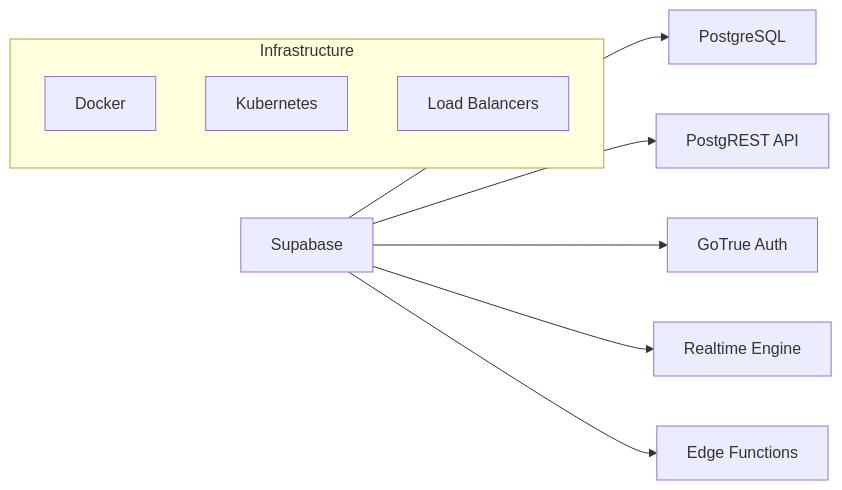
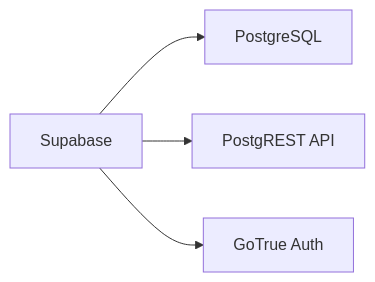
One commit to mongeon/RecettesIndex changed the sixth of 12 diagrams in docs/ARCHITECTURE.md. Above: the diagram before and after it, drawn with Mermaid. The commit also changed other lines of this file, not shown here.

First line of the commit message:
docs: drop real-time and other unused technologies from the architecture

````diff
--- a/docs/ARCHITECTURE.md
+++ b/docs/ARCHITECTURE.md
@@ -279,14 +276,6 @@
 ```mermaid
 graph LR
     A[Supabase] --> B[PostgreSQL]
     A --> C[PostgREST API]
     A --> D[GoTrue Auth]
-    A --> E[Realtime Engine]
-    A --> F[Edge Functions]
-    
-    subgraph "Infrastructure"
-        G[Docker]
-        H[Kubernetes]
-        I[Load Balancers]
-    end
 ```
````
